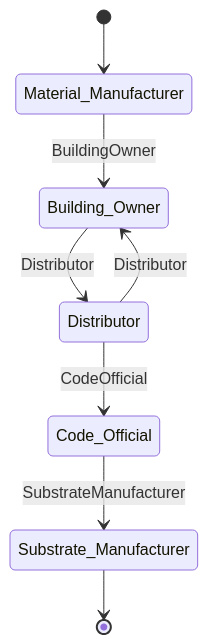
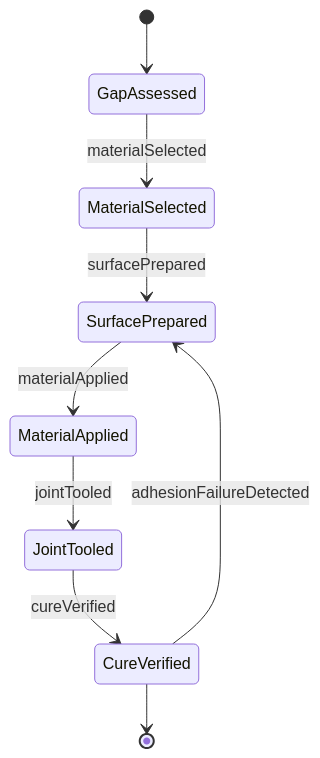
Before and after one commit to dot-org-ai/tasks.org.ai: the second of 4 diagrams in HandlingAndMovingObjects/ApplyMaterialsToFillGapsOrImperfections/ApplyMaterialFillGapsSurfaces.mdx, drawn with Mermaid. The commit also changed other lines of this file and 40 other files, not shown here.

First line of the commit message:
fix: Replace Actor-based ER and State diagrams with Entity/Event-based diagrams in 41 HandlingAndMovingObjects DWA files

````diff
--- a/HandlingAndMovingObjects/ApplyMaterialsToFillGapsOrImperfections/ApplyMaterialFillGapsSurfaces.mdx
+++ b/HandlingAndMovingObjects/ApplyMaterialsToFillGapsOrImperfections/ApplyMaterialFillGapsSurfaces.mdx
@@ -98,10 +97,11 @@
 ```mermaid
 stateDiagram-v2
-    [*] --> Material_Manufacturer
-    Material_Manufacturer --> Building_Owner: BuildingOwner
-    Building_Owner --> Distributor: Distributor
-    Distributor --> Code_Official: CodeOfficial
-    Code_Official --> Substrate_Manufacturer: SubstrateManufacturer
-    Distributor --> Building_Owner: Distributor
-    Substrate_Manufacturer --> [*]
+    [*] --> GapAssessed
+    GapAssessed --> MaterialSelected : materialSelected
+    MaterialSelected --> SurfacePrepared : surfacePrepared
+    SurfacePrepared --> MaterialApplied : materialApplied
+    MaterialApplied --> JointTooled : jointTooled
+    JointTooled --> CureVerified : cureVerified
+    CureVerified --> SurfacePrepared : adhesionFailureDetected
+    CureVerified --> [*]
 ```
````
